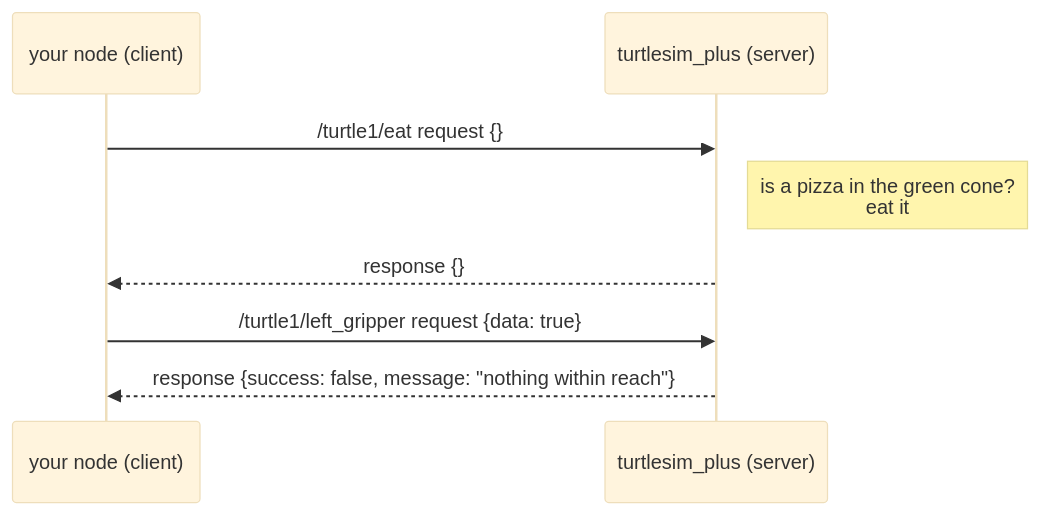
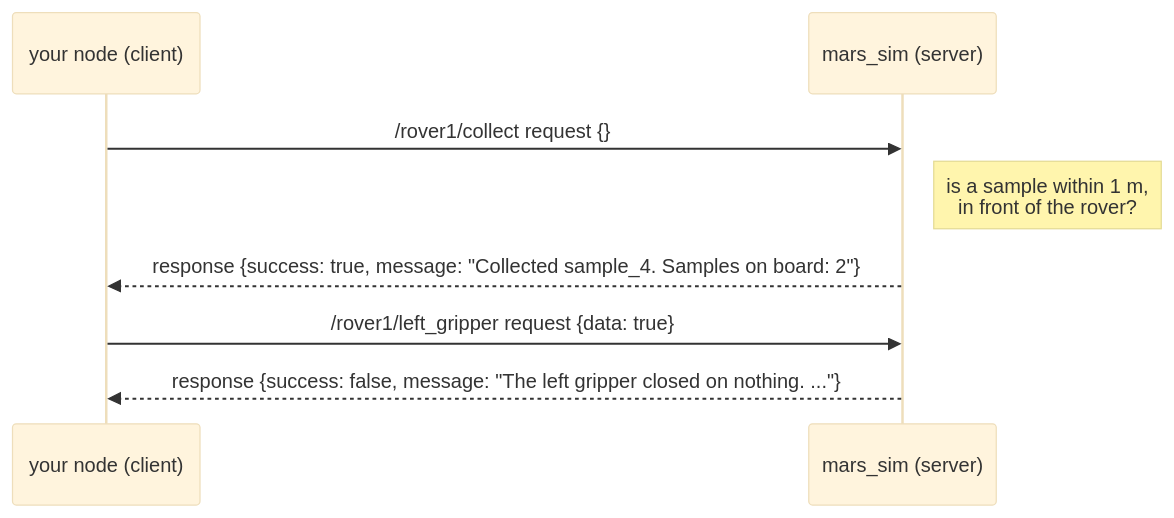
The fourth of 14 diagrams in ARCHITECTURE.md (kittinook/ros2_tutorial), drawn with Mermaid (base theme) before and after one commit. The commit also changed other lines of this file and 183 other files, not shown here.

First line of the commit message:
Replace Turtle Quest with Mars Rover Academy

````diff
--- a/ARCHITECTURE.md
+++ b/ARCHITECTURE.md
@@ -102,10 +104,10 @@
 ```mermaid
 sequenceDiagram
     participant You as your node (client)
-    participant Sim as turtlesim_plus (server)
-    You->>Sim: /turtle1/eat  request {}
-    Note right of Sim: is a pizza in the green cone?<br/>eat it
-    Sim-->>You: response {}
-    You->>Sim: /turtle1/left_gripper  request {data: true}
-    Sim-->>You: response {success: false, message: "nothing within reach"}
+    participant Sim as mars_sim (server)
+    You->>Sim: /rover1/collect  request {}
+    Note right of Sim: is a sample within 1 m,<br/>in front of the rover?
+    Sim-->>You: response {success: true, message: "Collected sample_4. Samples on board: 2"}
+    You->>Sim: /rover1/left_gripper  request {data: true}
+    Sim-->>You: response {success: false, message: "The left gripper closed on nothing. ..."}
 ```
````
